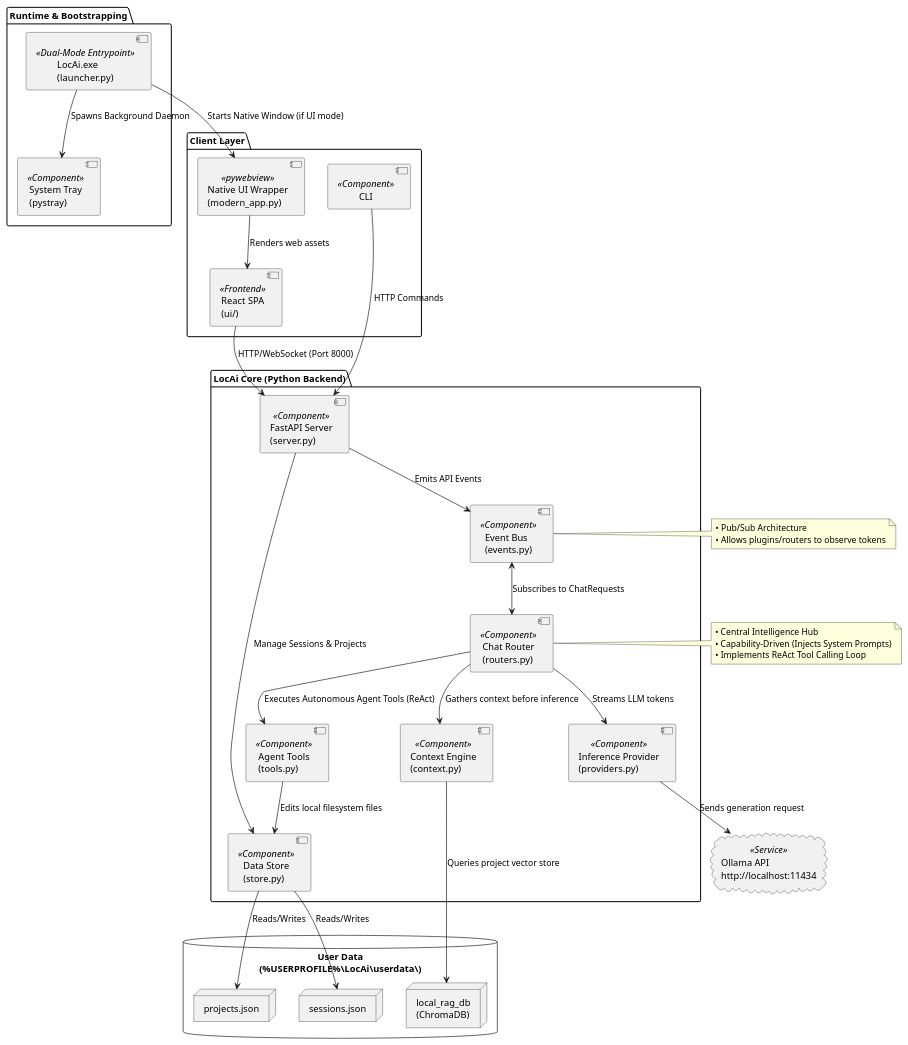
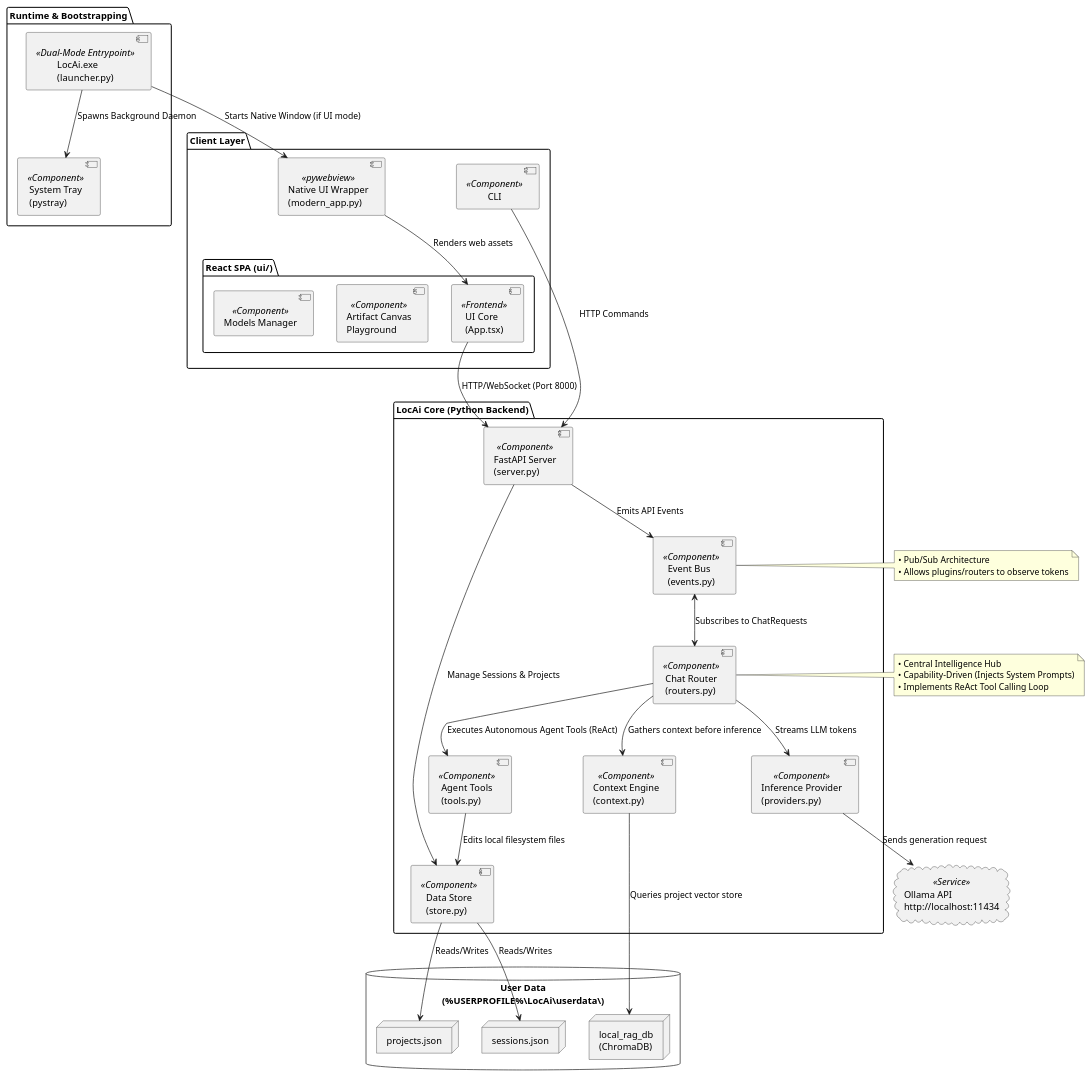
The diagram in architecture.puml (pranavakshit/LocAi), drawn with PlantUML before and after one commit. The commit also changed 9 other files, not shown here.

```diff
--- a/architecture.puml
+++ b/architecture.puml
@@ -1,80 +1,84 @@
 @startuml
 ' ==========================================================
 ' LocAi Architecture vNext – Capability-Driven Agent Platform
 ' ==========================================================
 
 package "LocAi Core (Python Backend)" {
   [FastAPI Server\n(server.py)]    as server     <<Component>>
   [Event Bus\n(events.py)]         as eventbus   <<Component>>
   [Chat Router\n(routers.py)]      as router     <<Component>>
   [Context Engine\n(context.py)]   as context    <<Component>>
   [Inference Provider\n(providers.py)] as provider <<Component>>
   [Data Store\n(store.py)]         as store      <<Component>>
   [Agent Tools\n(tools.py)]        as tools      <<Component>>
 }
 
 package "Client Layer" {
   [Native UI Wrapper\n(modern_app.py)] as gui <<pywebview>>
-  [React SPA\n(ui/)] as react <<Frontend>>
+  package "React SPA (ui/)" {
+    [UI Core\n(App.tsx)] as react <<Frontend>>
+    [Artifact Canvas\nPlayground] as canvas <<Component>>
+    [Models Manager] as models <<Component>>
+  }
   [CLI] as cli <<Component>>
 }
 
 package "Runtime & Bootstrapping" {
   [LocAi.exe\n(launcher.py)] as launcher <<Dual-Mode Entrypoint>>
   [System Tray\n(pystray)] as tray <<Component>>
 }
 
 ' ==========================================================
 ' Internal Data Stores
 ' ==========================================================
 database "User Data\n(%USERPROFILE%\\LocAi\\userdata\\)" {
   node "projects.json" as projects
   node "sessions.json" as sessions
   node "local_rag_db\n(ChromaDB)" as db
 }
 
 ' ==========================================================
 ' External Services
 ' ==========================================================
 cloud "Ollama API\nhttp://localhost:11434" as ollama <<Service>>
 
 ' ==========================================================
 ' Relationships – Execution Flow
 ' ==========================================================
 launcher --> tray : Spawns Background Daemon
 launcher --> gui : Starts Native Window (if UI mode)
 
 gui --> react : Renders web assets
 react --> server : HTTP/WebSocket (Port 8000)
 cli --> server : HTTP Commands
 
 server --> store : Manage Sessions & Projects
 server --> eventbus : Emits API Events
 eventbus <--> router : Subscribes to ChatRequests
 
 router --> context : Gathers context before inference
 context --> db : Queries project vector store
 router --> provider : Streams LLM tokens
 provider --> ollama : Sends generation request
 
 router --> tools : Executes Autonomous Agent Tools (ReAct)
 tools --> store : Edits local filesystem files
 
 store --> projects : Reads/Writes
 store --> sessions : Reads/Writes
 
 ' ==========================================================
 ' Additional Notes
 ' ==========================================================
 note right of router
   • Central Intelligence Hub
   • Capability-Driven (Injects System Prompts)
   • Implements ReAct Tool Calling Loop
 end note
 
 note right of eventbus
   • Pub/Sub Architecture
   • Allows plugins/routers to observe tokens
 end note
 
 @enduml
```
